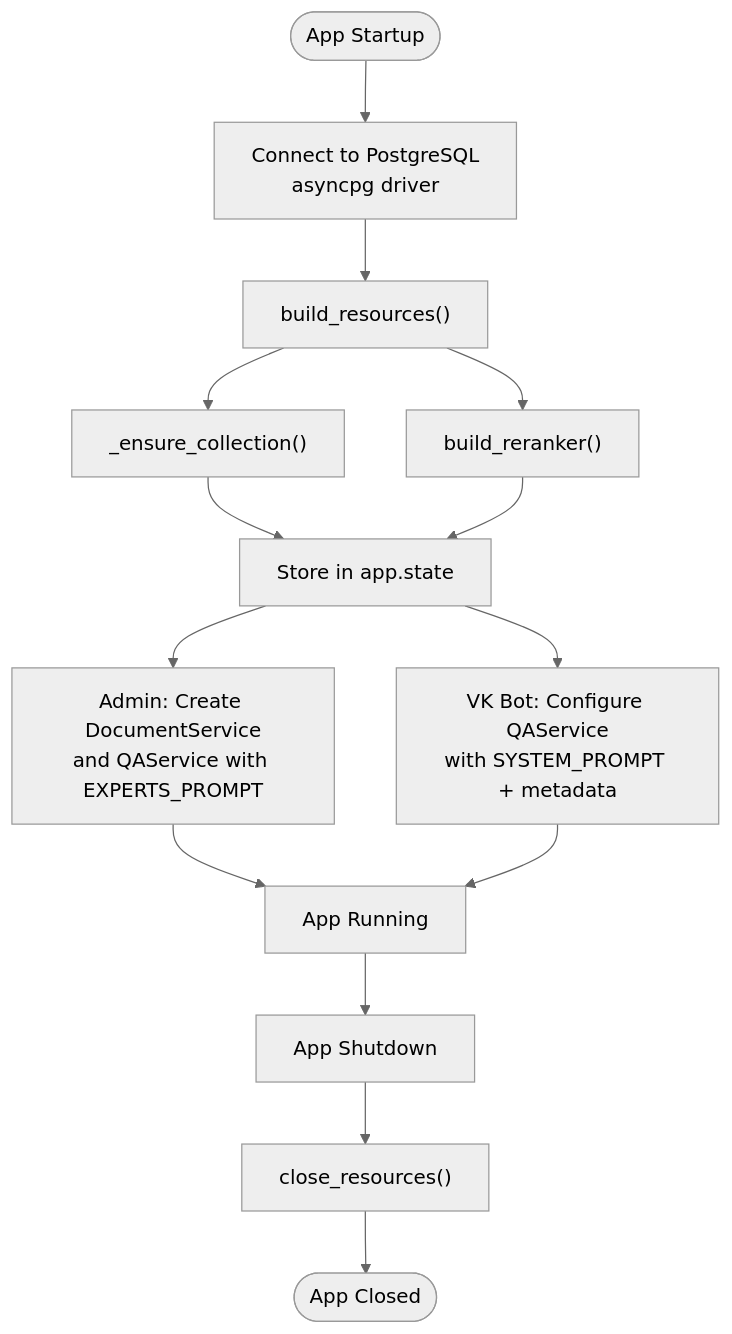
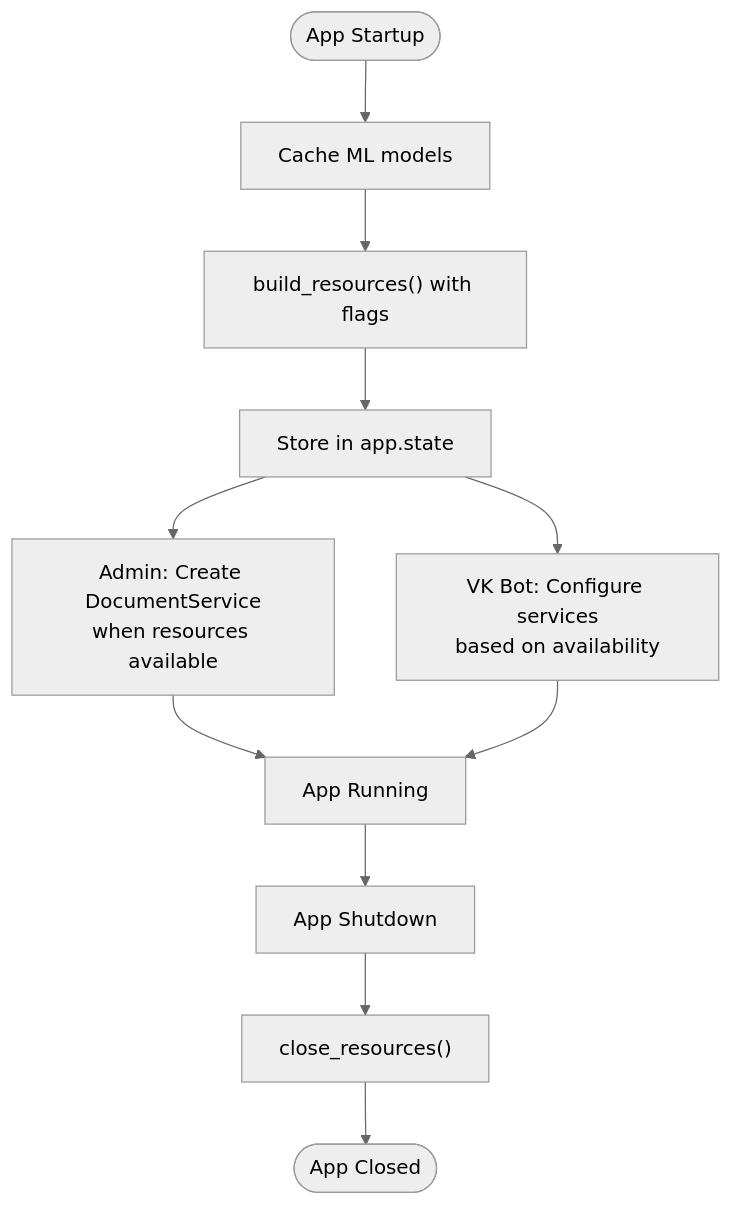
The fourth of 8 diagrams in .qoder/repowiki/en/content/API Reference/Resource Management System.md (ognelis/cafetera_hr_bot), drawn with Mermaid (neutral theme) before and after one commit. The commit also changed other lines of this file and 69 other files, not shown here.

````diff
--- a/.qoder/repowiki/en/content/API Reference/Resource Management System.md
+++ b/.qoder/repowiki/en/content/API Reference/Resource Management System.md
@@ -254,16 +213,13 @@
 ```mermaid
 flowchart TD
-Start([App Startup]) --> InitDB["Connect to PostgreSQL<br/>asyncpg driver"]
-InitDB --> BuildRes["build_resources()"]
-BuildRes --> EnsureColl["_ensure_collection()"]
-BuildRes --> BuildReranker["build_reranker()"]
-EnsureColl --> StoreState["Store in app.state"]
-BuildReranker --> StoreState
-StoreState --> AdminSetup["Admin: Create DocumentService<br/>and QAService with EXPERTS_PROMPT"]
-StoreState --> VKSetup["VK Bot: Configure QAService<br/>with SYSTEM_PROMPT + metadata"]
+Start([App Startup]) --> InitModels["Cache ML models"]
+InitModels --> BuildRes["build_resources() with flags"]
+BuildRes --> StoreState["Store in app.state"]
+StoreState --> AdminSetup["Admin: Create DocumentService<br/>when resources available"]
+StoreState --> VKSetup["VK Bot: Configure services<br/>based on availability"]
 AdminSetup --> Running["App Running"]
 VKSetup --> Running
 Running --> Shutdown["App Shutdown"]
 Shutdown --> CloseRes["close_resources()"]
 CloseRes --> End([App Closed])
 ```
````
